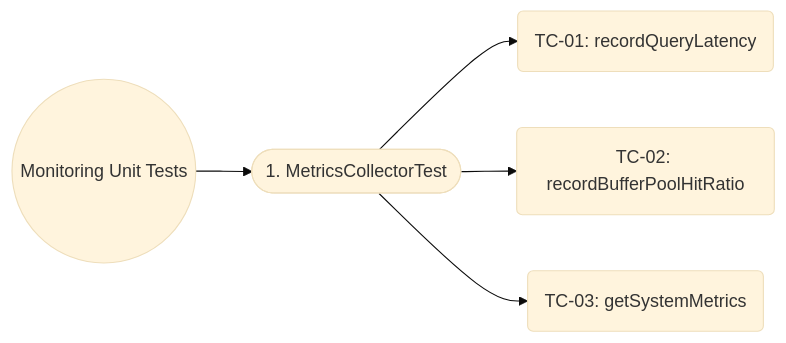
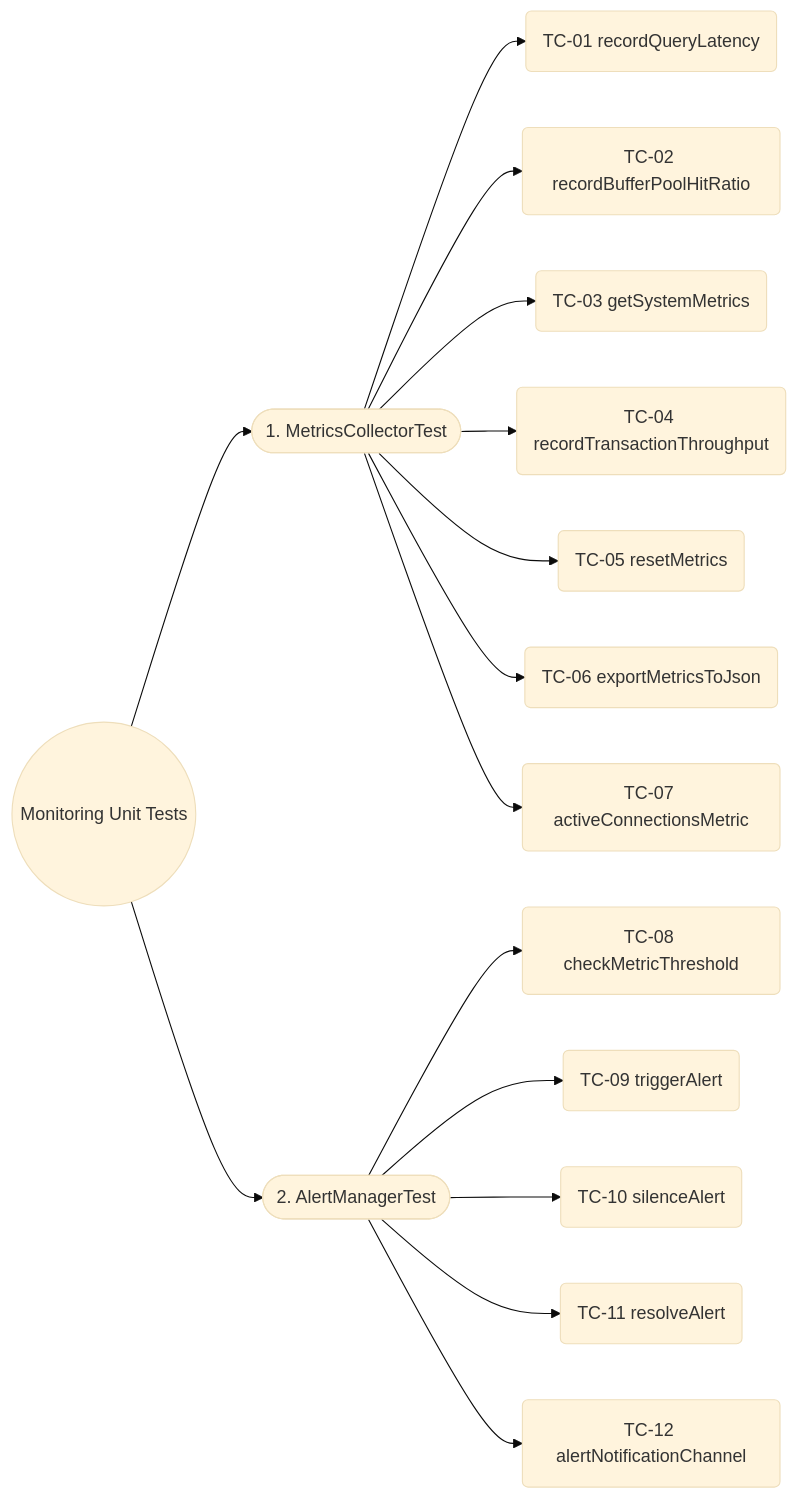
The tenth of 11 diagrams in docs/unit_test/README.md (Dikhang1112/Database_Management_BBV), drawn with Mermaid (base theme) before and after one commit. The commit also changed other lines of this file and 6 other files, not shown here.

Commit message:
Add docs sequece diagram and scenario testcase

````diff
--- a/docs/unit_test/README.md
+++ b/docs/unit_test/README.md
@@ -448,12 +635,24 @@
 ```mermaid
 flowchart LR
     Root(("Monitoring Unit Tests"))
 
     Cat1(["1. MetricsCollectorTest"])
+    Cat2(["2. AlertManagerTest"])
 
     Root --> Cat1
+    Root --> Cat2
 
-    Cat1 --> TC01("TC-01: recordQueryLatency")
-    Cat1 --> TC02("TC-02: recordBufferPoolHitRatio")
-    Cat1 --> TC03("TC-03: getSystemMetrics")
+    Cat1 --> TC01("TC-01 recordQueryLatency")
+    Cat1 --> TC02("TC-02 recordBufferPoolHitRatio")
+    Cat1 --> TC03("TC-03 getSystemMetrics")
+    Cat1 --> TC04("TC-04 recordTransactionThroughput")
+    Cat1 --> TC05("TC-05 resetMetrics")
+    Cat1 --> TC06("TC-06 exportMetricsToJson")
+    Cat1 --> TC07("TC-07 activeConnectionsMetric")
+
+    Cat2 --> TC08("TC-08 checkMetricThreshold")
+    Cat2 --> TC09("TC-09 triggerAlert")
+    Cat2 --> TC10("TC-10 silenceAlert")
+    Cat2 --> TC11("TC-11 resolveAlert")
+    Cat2 --> TC12("TC-12 alertNotificationChannel")
 ```
````
